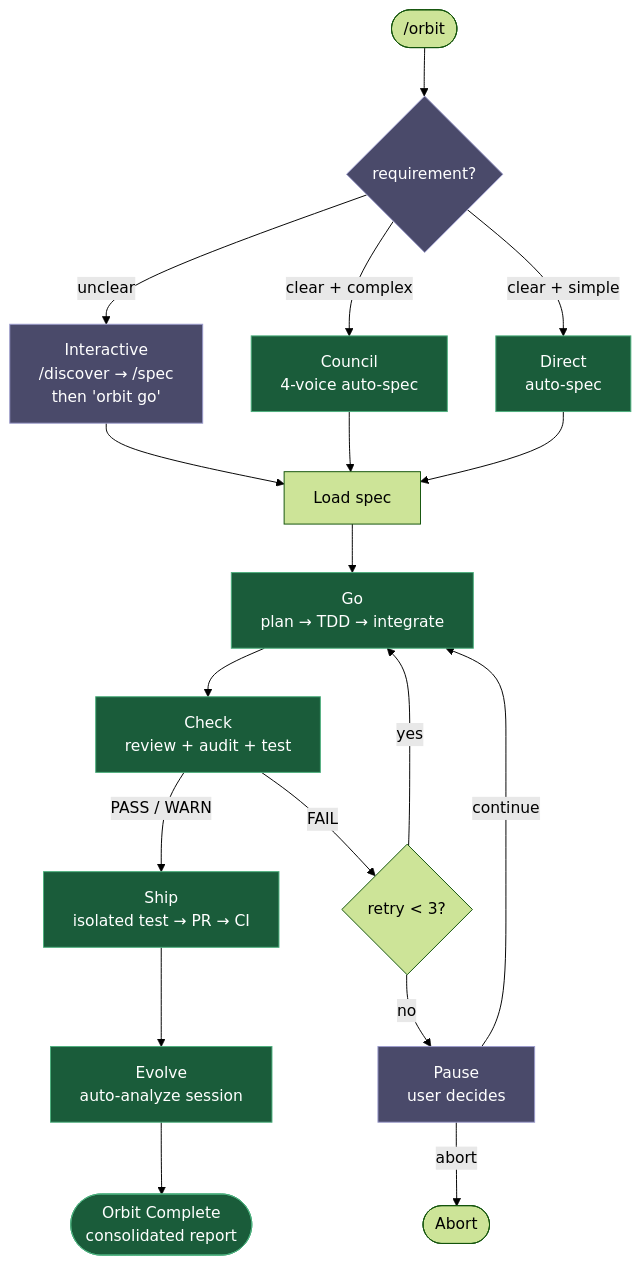
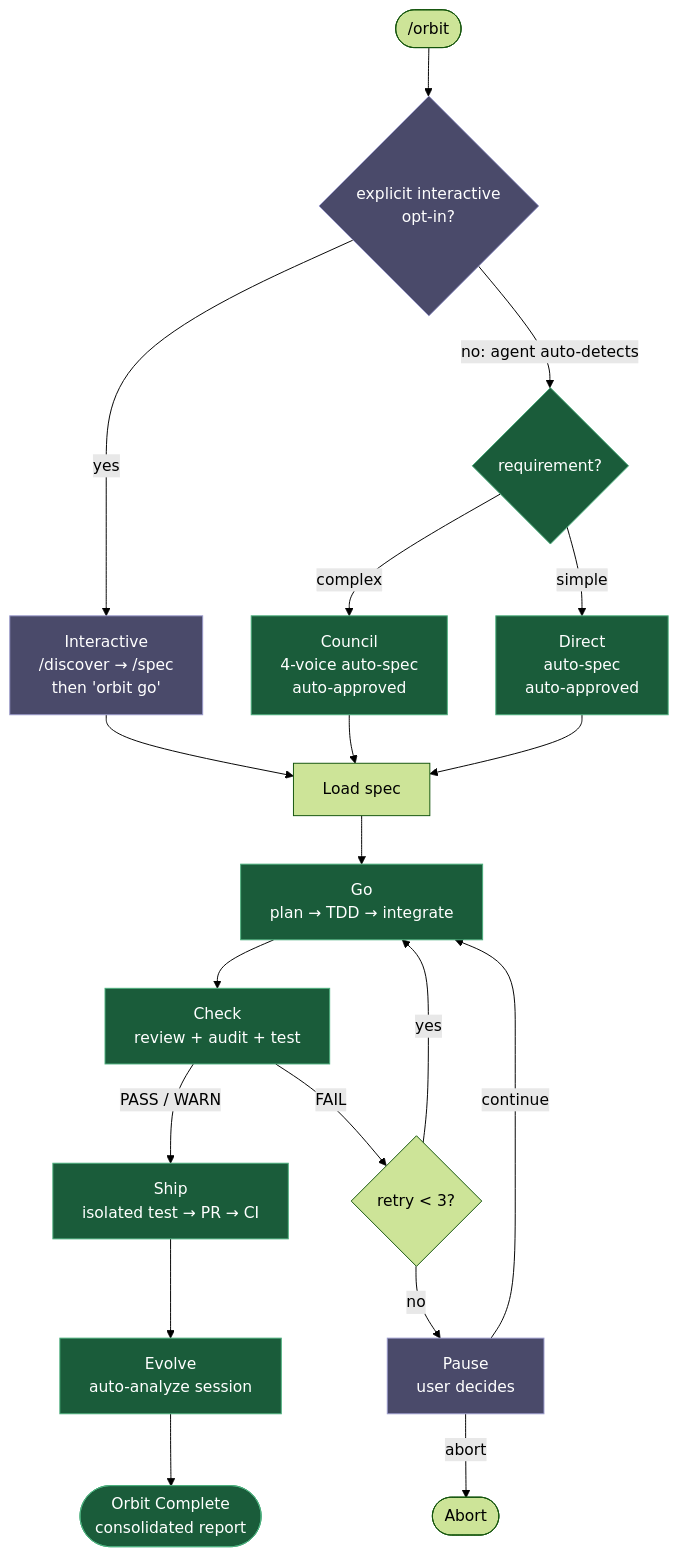
The first of 2 diagrams in README.md (Tomauskasz/epic-harness), drawn with Mermaid (forest theme) before and after one commit. The commit also changed other lines of this file and 5 other files, not shown here.

````diff
--- a/README.md
+++ b/README.md
@@ -202,23 +205,24 @@
 ```mermaid
 flowchart TD
-    START(["/orbit"]) --> MODE{"requirement?"}:::human
-    MODE -->|"unclear"| WAIT["Interactive\n/discover → /spec\nthen 'orbit go'"]:::human
-    MODE -->|"clear + complex"| COUNCIL["Council\n4-voice auto-spec"]:::auto
-    MODE -->|"clear + simple"| DIRECT["Direct\nauto-spec"]:::auto
+    START(["/orbit"]) --> MODE{"explicit interactive\nopt-in?"}:::human
+    MODE -->|"yes"| WAIT["Interactive\n/discover → /spec\nthen 'orbit go'"]:::human
+    MODE -->|"no: agent auto-detects"| CLASSIFY{"requirement?"}:::auto
+    CLASSIFY -->|"complex"| COUNCIL["Council\n4-voice auto-spec\nauto-approved"]:::auto
+    CLASSIFY -->|"simple"| DIRECT["Direct\nauto-spec\nauto-approved"]:::auto
     WAIT --> SPEC_LOAD["Load spec"]
     COUNCIL --> SPEC_LOAD
     DIRECT --> SPEC_LOAD
     SPEC_LOAD --> GO["Go\nplan → TDD → integrate"]:::auto
     GO --> CHECK["Check\nreview + audit + test"]:::auto
     CHECK -->|"PASS / WARN"| SHIP["Ship\nisolated test → PR → CI"]:::auto
     CHECK -->|FAIL| RETRY{"retry < 3?"}
     RETRY -->|yes| GO
     RETRY -->|no| PAUSE["Pause\nuser decides"]:::human
     PAUSE -->|continue| GO
     PAUSE -->|abort| ABORT(["Abort"])
     SHIP --> EVOLVE["Evolve\nauto-analyze session"]:::auto
     EVOLVE --> DONE(["Orbit Complete\nconsolidated report"]):::auto
 
     classDef human fill:#4a4a6a,stroke:#9b9bcc,color:#fff
     classDef auto  fill:#1a5c3a,stroke:#4caf7d,color:#fff
 ```
````
